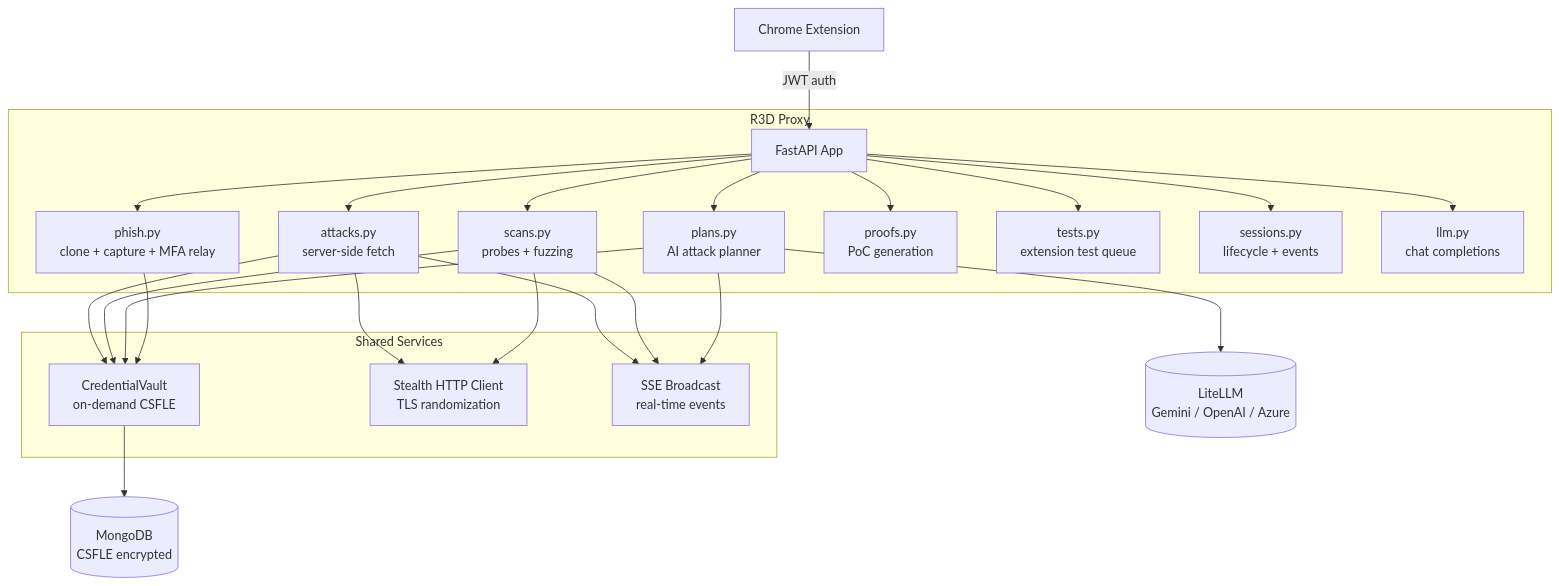
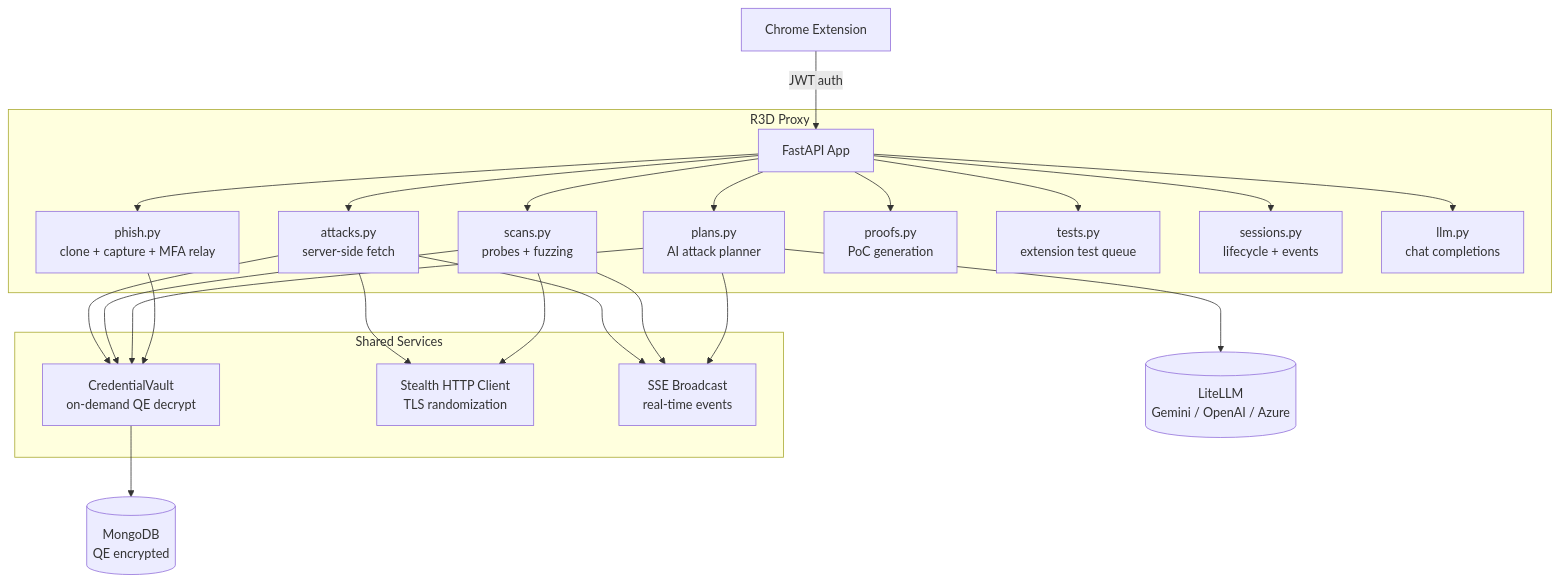
Before and after one commit to oblivio/r3d-xtension: the diagram in r3d-proxy/blog/part3-proxy.md, drawn with Mermaid. The commit also changed other lines of this file and 23 other files, not shown here.

````diff
--- a/r3d-proxy/blog/part3-proxy.md
+++ b/r3d-proxy/blog/part3-proxy.md
@@ -19,34 +19,34 @@
 ```mermaid
 flowchart TB
     Extension[Chrome Extension] -->|JWT auth| API
 
     subgraph proxy [R3D Proxy]
         API[FastAPI App]
         API --> Attacks[attacks.py<br/>server-side fetch]
         API --> Scans[scans.py<br/>probes + fuzzing]
         API --> Plans[plans.py<br/>AI attack planner]
         API --> Phish[phish.py<br/>clone + capture + MFA relay]
         API --> Proofs[proofs.py<br/>PoC generation]
         API --> Tests[tests.py<br/>extension test queue]
         API --> Sessions[sessions.py<br/>lifecycle + events]
         API --> LLMRouter[llm.py<br/>chat completions]
     end
 
     subgraph shared [Shared Services]
-        Vault[CredentialVault<br/>on-demand CSFLE]
+        Vault[CredentialVault<br/>on-demand QE decrypt]
         StealthClient[Stealth HTTP Client<br/>TLS randomization]
         SSEBroadcast[SSE Broadcast<br/>real-time events]
     end
 
     Attacks --> Vault
     Scans --> Vault
     Plans --> Vault
     Phish --> Vault
     Attacks --> StealthClient
     Scans --> StealthClient
     Plans --> LiteLLM[(LiteLLM<br/>Gemini / OpenAI / Azure)]
     Attacks --> SSEBroadcast
     Scans --> SSEBroadcast
     Plans --> SSEBroadcast
-    Vault --> MongoDB[(MongoDB<br/>CSFLE encrypted)]
+    Vault --> MongoDB[(MongoDB<br/>QE encrypted)]
 ```
````
